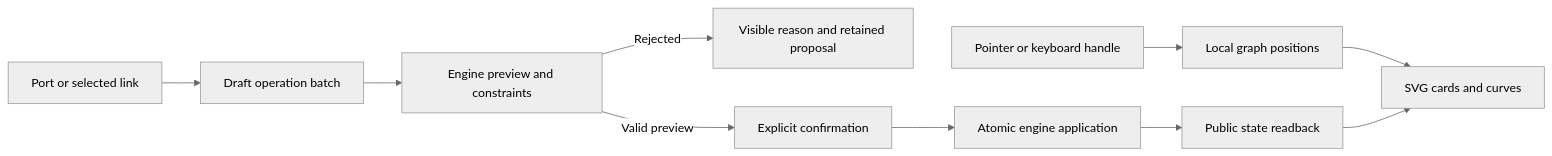
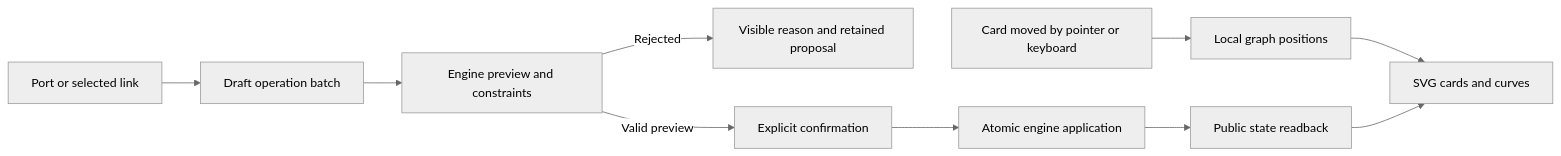
Before and after one commit to mo0ogly/swarm: the second of 2 diagrams in docs/en/GRAPH-STUDIO.md, drawn with Mermaid (neutral theme). The commit also changed other lines of this file and 15 other files, not shown here.

````diff
--- a/docs/en/GRAPH-STUDIO.md
+++ b/docs/en/GRAPH-STUDIO.md
@@ -280,12 +278,12 @@
 ```mermaid
 flowchart LR
-    P[Pointer or keyboard handle] --> L[Local graph positions]
+    P[Card moved by pointer or keyboard] --> L[Local graph positions]
     L --> V[SVG cards and curves]
     U[Port or selected link] --> B[Draft operation batch]
     B --> M[Engine preview and constraints]
     M -->|Rejected| R[Visible reason and retained proposal]
     M -->|Valid preview| C[Explicit confirmation]
     C --> A[Atomic engine application]
     A --> S[Public state readback]
     S --> V
 ```
````
